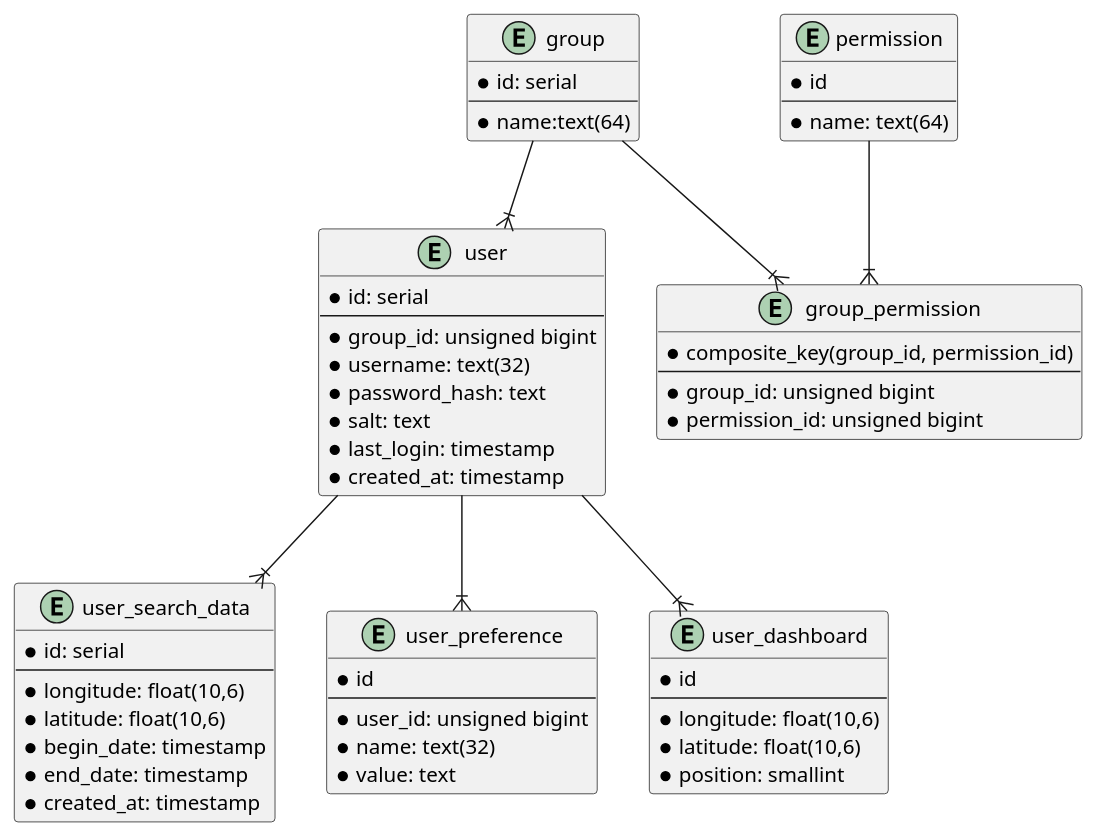
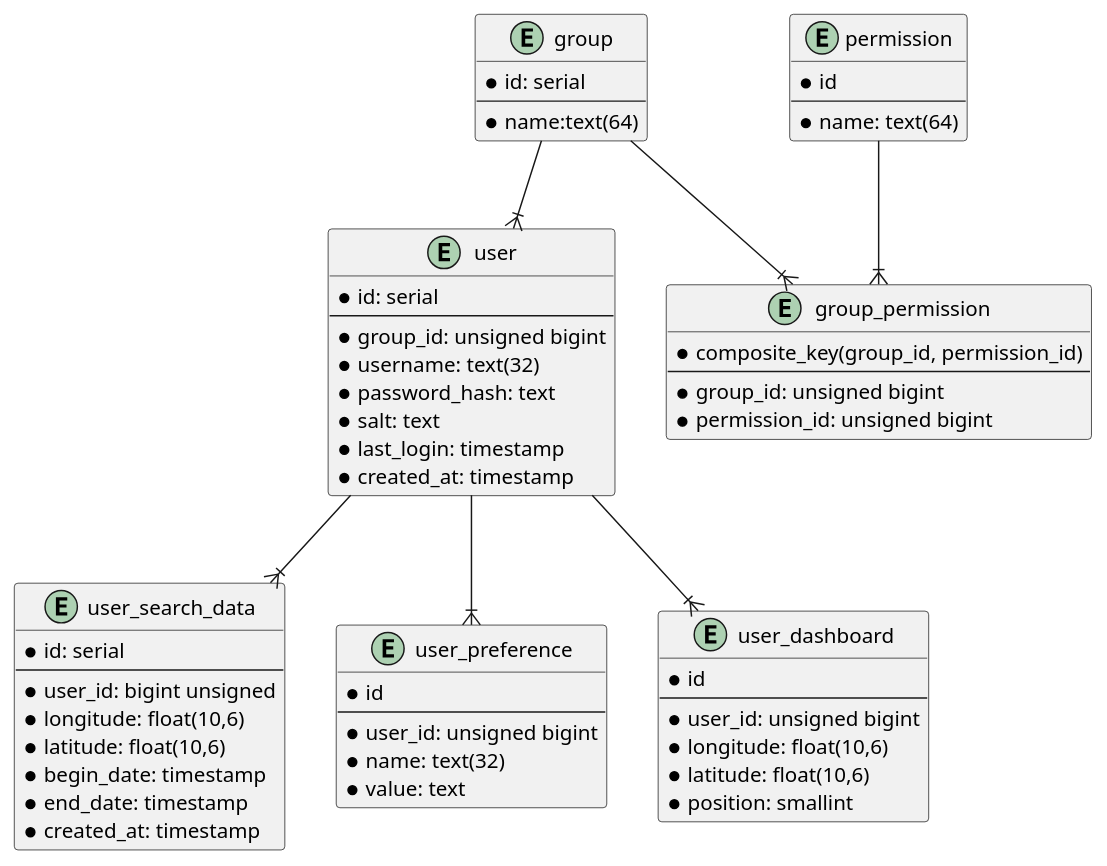
One commit to SCI-TSIAI/3C changed the diagram in physical_diagram.puml. Above: the diagram before and after it, drawn with PlantUML. The commit also changed 1 other file, not shown here.

Commit message:
Edited physical diagram Added initial schema

```diff
--- a/physical_diagram.puml
+++ b/physical_diagram.puml
@@ -1,66 +1,68 @@
 @startuml
 
 entity user {
     * id: serial
     --
     * group_id: unsigned bigint
     * username: text(32)
     * password_hash: text
     * salt: text
     * last_login: timestamp
     * created_at: timestamp
 }
 
 entity group {
     * id: serial
     --
     * name:text(64)
 }
 
 entity permission {
     * id
     --
     * name: text(64)
 }
 
 entity group_permission{
     * composite_key(group_id, permission_id)
     --
     * group_id: unsigned bigint
     * permission_id: unsigned bigint
 }
 
 entity user_search_data {
     * id: serial
     --
+    * user_id: bigint unsigned
     * longitude: float(10,6)
     * latitude: float(10,6)
     * begin_date: timestamp
     * end_date: timestamp
     * created_at: timestamp
 }
 
 entity user_preference{
     * id
     --
     * user_id: unsigned bigint
     * name: text(32)
     * value: text
 }
 
 entity user_dashboard {
     * id
     --
+    * user_id: unsigned bigint
     * longitude: float(10,6)
     * latitude: float(10,6)
     * position: smallint
 }
 
 user --|{ user_search_data
 user --|{ user_dashboard
 group --|{ user
 group --|{ group_permission
 permission --|{ group_permission
 user --|{ user_preference
 
 @enduml
```
